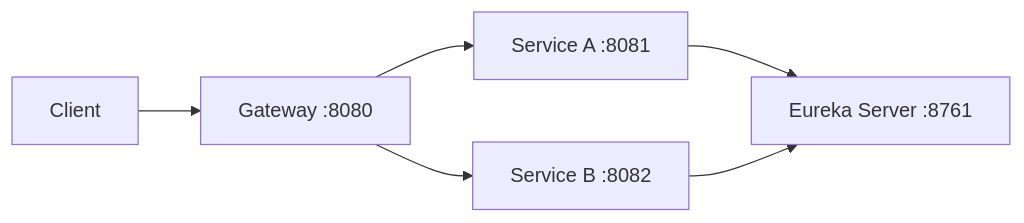
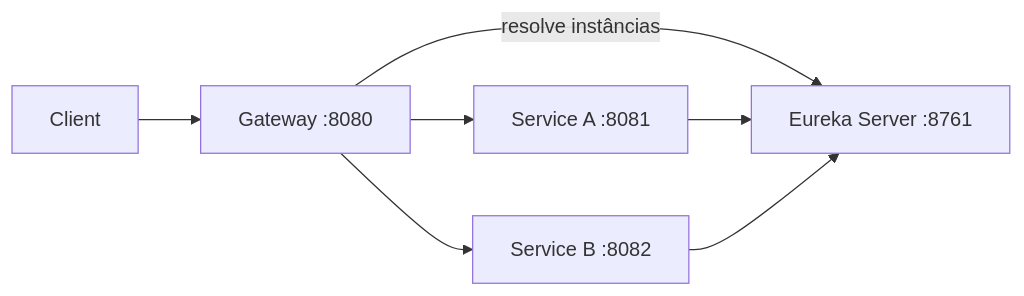
The diagram in README.md (Rodrigo-Kelven/Spring-Cloud-Discovery), drawn with Mermaid before and after one commit. The commit also changed other lines of this file and 2 other files, not shown here.

Commit message:
refact: update in gateway

````diff
--- a/README.md
+++ b/README.md
@@ -15,8 +15,9 @@
 ```mermaid
 flowchart LR
   Client --> Gateway["Gateway :8080"]
+  Gateway -->|"resolve instâncias"| Eureka["Eureka Server :8761"]
   Gateway --> ServiceA["Service A :8081"]
   Gateway --> ServiceB["Service B :8082"]
-  ServiceA --> Eureka["Eureka Server :8761"]
+  ServiceA --> Eureka
   ServiceB --> Eureka
 ```
````
